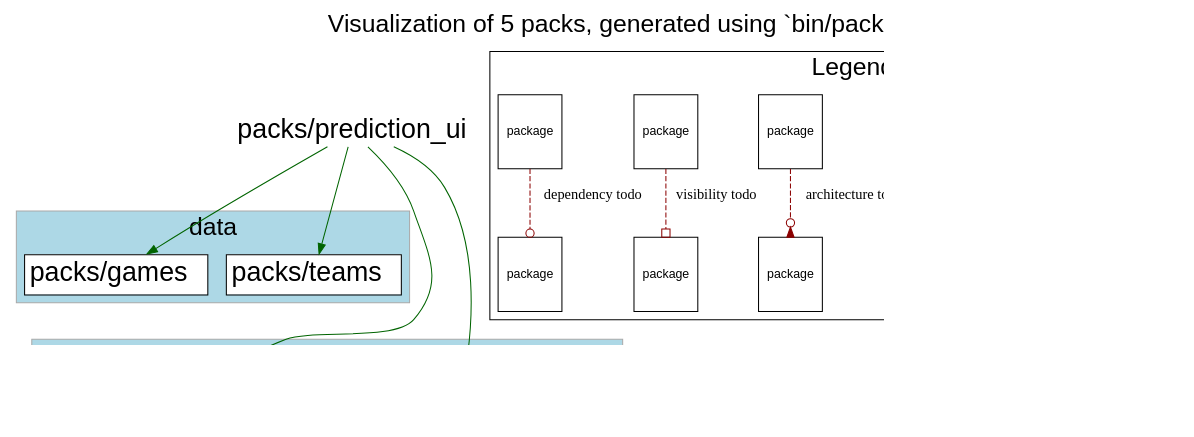
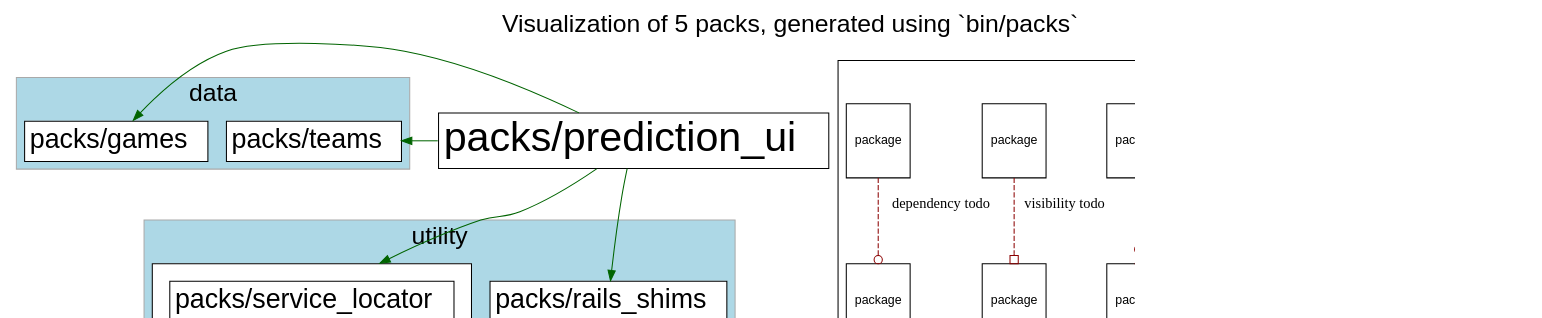
One commit to shageman/package-based-rails-applications-book changed the diagram in c5s08/sportsball/packs/prediction_ui/packs.dot. Above: the diagram before and after it, drawn with Graphviz. The commit also changed 1037 other files, not shown here.

Commit message:
Improve new packs diagrams when packages are not in layers

```diff
--- a/c5s08/sportsball/packs/prediction_ui/packs.dot
+++ b/c5s08/sportsball/packs/prediction_ui/packs.dot
@@ -1,157 +1,181 @@
 digraph package_diagram {
   rankdir=TD
 
   graph [
     labelloc="t"
     fontname="Helvetica,Arial,sans-serif"
     dpi=100
     layout=dot
     label="Visualization of 5 packs, generated using `bin/packs`",
     fontsize=24
   ]
   node [
     fontname="Helvetica,Arial,sans-serif"
     fontsize=26.0
     fontcolor=black
     fillcolor=white
     color=black
     height=1.0
     style=filled
     shape=plain
   ]
 
     subgraph app {
       shape=box
       color=darkgrey
       fillcolor=lightblue
       style=filled
 
         label="app"
         cluster=true
         rank = 0
 
     }
     subgraph UI {
       shape=box
       color=darkgrey
       fillcolor=lightblue
       style=filled
 
         label="UI"
         cluster=true
         rank = 1
 
     }
     subgraph data {
       shape=box
       color=darkgrey
       fillcolor=lightblue
       style=filled
 
         label="data"
         cluster=true
         rank = 2
 
         "packs/games" [
             fontsize=26.0
               URL="https://github.com/shageman/package-based-rails-applications-book/tree/main/c4s07/sportsball/packs/games"
             label=               <
                 <table border='0' cellborder='1' cellspacing='0' cellpadding='4'>
                   <tr> <td align='left'> packs/games </td> </tr>
                 </table>
               >
           ]
 
         "packs/teams" [
             fontsize=26.0
               URL="https://github.com/shageman/package-based-rails-applications-book/tree/main/c4s07/sportsball/packs/teams"
             label=               <
                 <table border='0' cellborder='1' cellspacing='0' cellpadding='4'>
                   <tr> <td align='left'> packs/teams </td> </tr>
                 </table>
               >
           ]
 
     }
     subgraph utility {
       shape=box
       color=darkgrey
       fillcolor=lightblue
       style=filled
 
         label="utility"
         cluster=true
         rank = 3
 
         "packs/rails_shims" [
             fontsize=26.0
               URL="https://github.com/shageman/package-based-rails-applications-book/tree/main/c4s07/sportsball/packs/rails_shims"
             label=               <
                 <table border='0' cellborder='1' cellspacing='0' cellpadding='4'>
                   <tr> <td align='left'> packs/rails_shims </td> </tr>
                 </table>
               >
           ]
 
                 "packs/games" -> "packs/rails_shims" [
                   style=invis
                 ]
                 "packs/teams" -> "packs/rails_shims" [
                   style=invis
                 ]
         "packs/service_locator" [
             fontsize=26.0
               URL="https://github.com/shageman/package-based-rails-applications-book/tree/main/c4s07/sportsball/packs/service_locator"
             label= 
               <
                 <table border='0' cellborder='1' cellspacing='0' cellpadding='16'><tr><td>
                   <table border='0' cellborder='1' cellspacing='0' cellpadding='4'>
                     <tr> <td port='private'> packs/service_locator </td> </tr>
                   </table>
                 </td></tr></table>
               >
           ]
 
                 "packs/games" -> "packs/service_locator" [
                   style=invis
                 ]
                 "packs/teams" -> "packs/service_locator" [
                   style=invis
                 ]
     }
+    subgraph NotInLayer {
+      shape=box
+      color=darkgrey
+      fillcolor=lightblue
+      style=filled
+
+
+        "packs/prediction_ui" [
+            fontsize=40.0
+              URL="https://github.com/shageman/package-based-rails-applications-book/tree/main/c4s07/sportsball/packs/prediction_ui"
+            label=               <
+                <table border='0' cellborder='1' cellspacing='0' cellpadding='4'>
+                  <tr> <td align='left'> packs/prediction_ui </td> </tr>
+                </table>
+              >
+          ]
+
+                "packs/rails_shims" -> "packs/prediction_ui" [
+                  style=invis
+                ]
+                "packs/service_locator" -> "packs/prediction_ui" [
+                  style=invis
+                ]
+    }
 
           "packs/prediction_ui" -> "packs/games" [
             color=darkgreen
           ]
           "packs/prediction_ui" -> "packs/rails_shims" [
             color=darkgreen
           ]
           "packs/prediction_ui" -> "packs/teams" [
             color=darkgreen
           ]
           "packs/prediction_ui" -> "packs/service_locator" [
             color=darkgreen
           ]
 
 
   subgraph cluster_legend {
     label="Legend"
 
     A [ fontsize=12 shape=box label="package"]
     B [ fontsize=12 shape=box label="package"]
     C [ fontsize=12 shape=box label="package"]
     D [ fontsize=12 shape=box label="package"]
     E [ fontsize=12 shape=box label="package"]
     F [ fontsize=12 shape=box label="package"]
     G [ fontsize=12 shape=box label="package"]
     H [ fontsize=12 shape=box label="package"]
     I [ fontsize=12 shape=box label="package"]
     J [ fontsize=12 shape=box label="package"]
 
     A -> B [label="accepted dependency" color=darkgreen]
     C -> D [label="privac todo" color=darkred style=dashed arrowhead=crow]
     E -> F [label="architecture todo" color=darkred style=dashed arrowhead=invodot]
     G -> H [label="visibility todo" color=darkred style=dashed arrowhead=obox]
     I -> J [label="dependency todo" color=darkred style=dashed arrowhead=odot]
   }
 }
```
